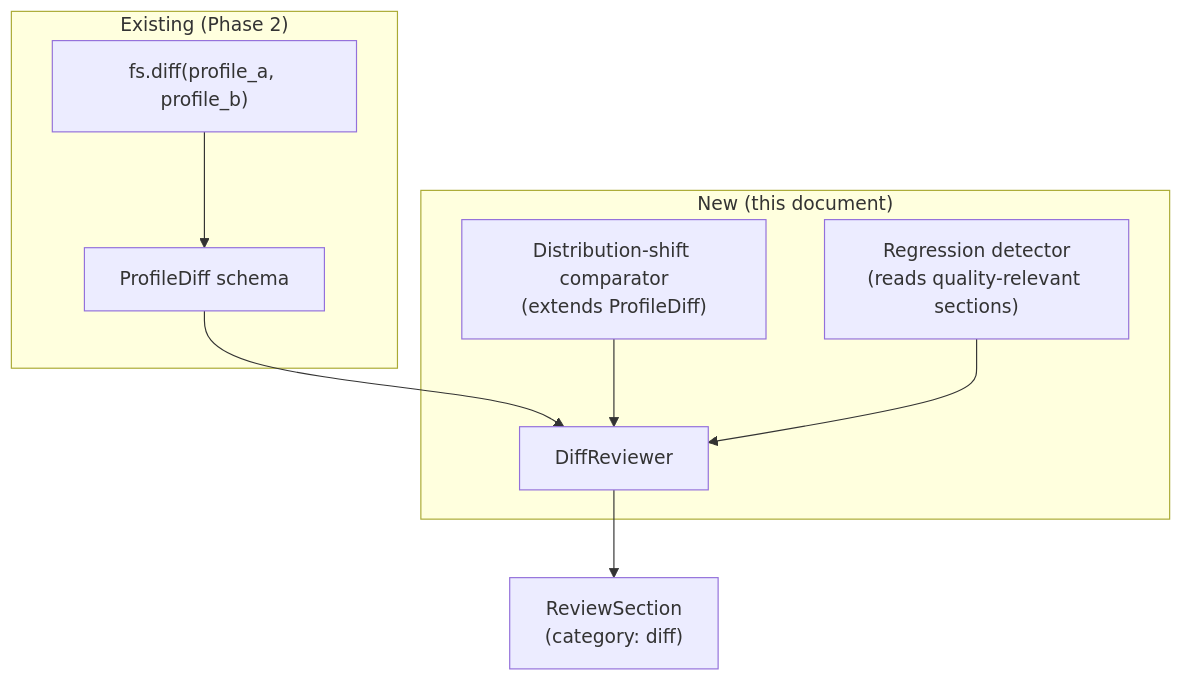
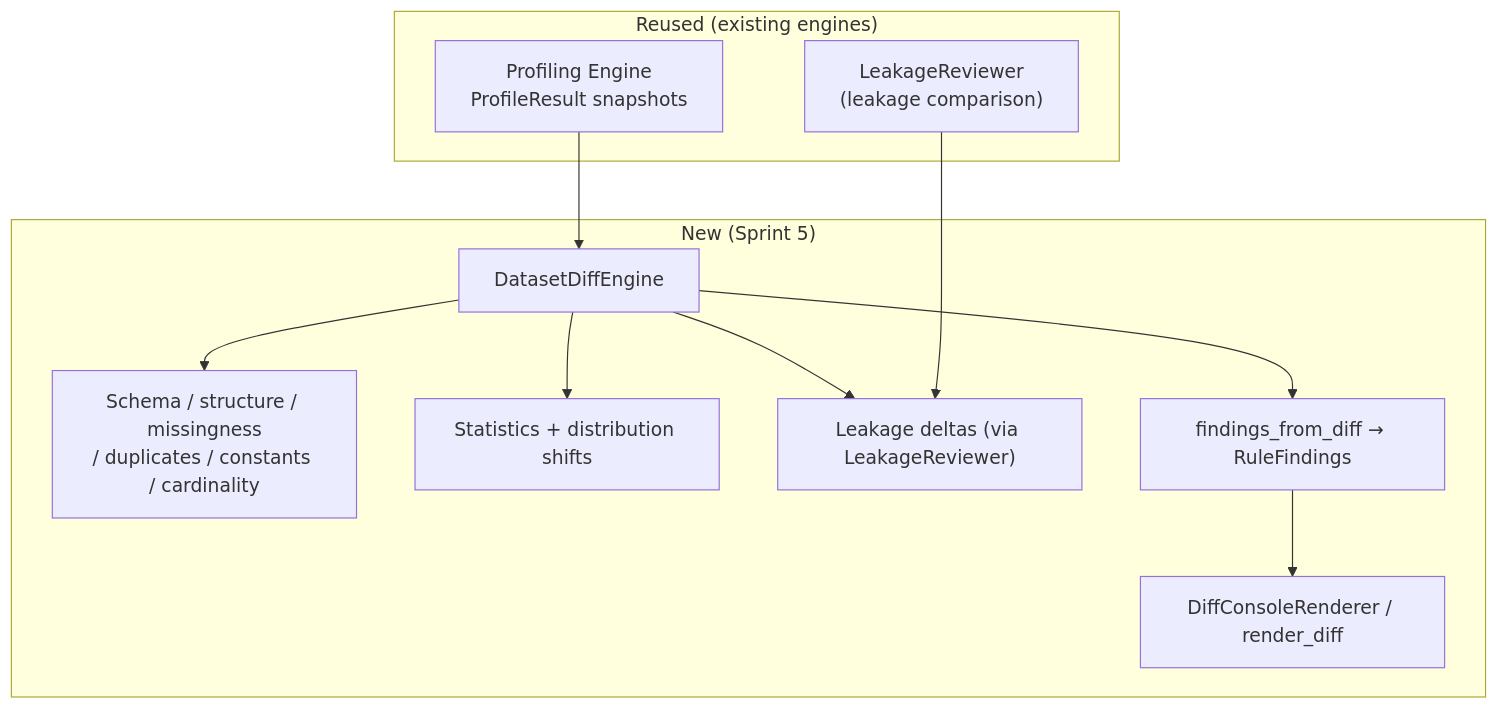
The third of 4 diagrams in docs/features/Dataset-Diff-And-Leakage-Detection.md (adityagangwani30/FeatureSmith), drawn with Mermaid before and after one commit. The commit also changed other lines of this file and 19 other files, not shown here.

Commit message:
feat(diff): implement standalone Dataset Diff Engine (Sprint 5)

````diff
--- a/docs/features/Dataset-Diff-And-Leakage-Detection.md
+++ b/docs/features/Dataset-Diff-And-Leakage-Detection.md
@@ -121,17 +121,22 @@
 ```mermaid
 flowchart TB
-    subgraph Existing["Existing (Phase 2)"]
-        FSD["fs.diff(profile_a, profile_b)"]
-        PD["ProfileDiff schema"]
+    subgraph Reused["Reused (existing engines)"]
+        PROF["Profiling Engine\nProfileResult snapshots"]
+        LEAK["LeakageReviewer\n(leakage comparison)"]
     end
-    subgraph New["New (this document)"]
-        DR["DiffReviewer"]
-        DIST["Distribution-shift comparator\n(extends ProfileDiff)"]
-        REG["Regression detector\n(reads quality-relevant sections)"]
+    subgraph New["New (Sprint 5)"]
+        ENG["DatasetDiffEngine"]
+        S1["Schema / structure / missingness\n/ duplicates / constants / cardinality"]
+        S2["Statistics + distribution shifts"]
+        S3["Leakage deltas (via LeakageReviewer)"]
+        FND["findings_from_diff → RuleFindings"]
+        REN["DiffConsoleRenderer / render_diff"]
     end
-    FSD --> PD
-    PD --> DR
-    DIST --> DR
-    REG --> DR
-    DR --> RS["ReviewSection\n(category: diff)"]
+    PROF --> ENG
+    ENG --> S1
+    ENG --> S2
+    ENG --> S3
+    LEAK --> S3
+    ENG --> FND
+    FND --> REN
 ```
````
